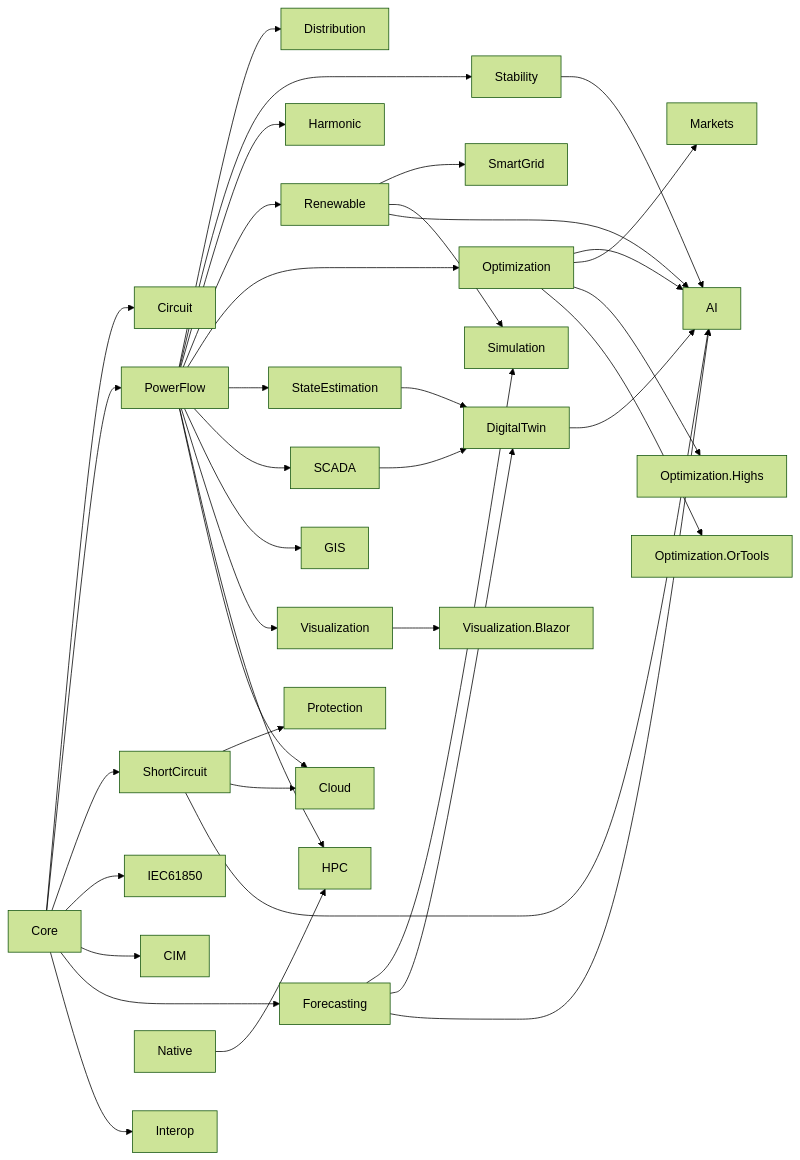
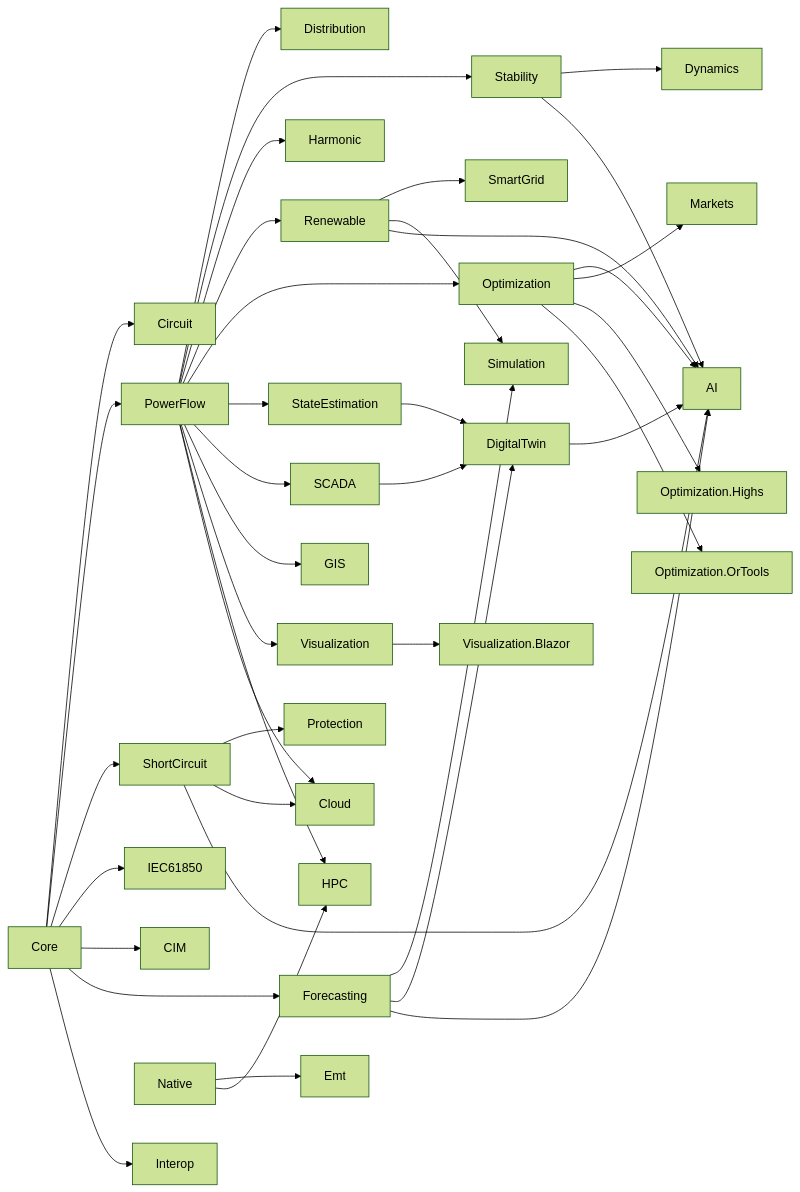
One commit to DotNetVibeCoderz/Vibe_Components changed the diagram in Electrical.Net/docs/en/architecture.md. Above: the diagram before and after it, drawn with Mermaid (forest theme). The commit also changed other lines of this file and 89 other files, not shown here.

````diff
--- a/Electrical.Net/docs/en/architecture.md
+++ b/Electrical.Net/docs/en/architecture.md
@@ -7,39 +7,41 @@
 ```mermaid
 graph LR
     Core --> Circuit
     Core --> PowerFlow
     Core --> ShortCircuit
     Core --> IEC61850
     Core --> CIM
     Core --> Forecasting
     PowerFlow --> Distribution
     Core --> Interop
     ShortCircuit --> Protection
     PowerFlow --> Stability
+    Stability --> Dynamics
+    Native --> Emt
     PowerFlow --> Harmonic
     PowerFlow --> Renewable
     PowerFlow --> Optimization
     PowerFlow --> StateEstimation
     PowerFlow --> SCADA
     PowerFlow --> GIS
     PowerFlow --> Visualization
     Renewable --> SmartGrid
     Renewable --> Simulation
     Forecasting --> Simulation
     PowerFlow --> HPC
     Native --> HPC
     PowerFlow --> Cloud
     ShortCircuit --> Cloud
     StateEstimation --> DigitalTwin
     SCADA --> DigitalTwin
     Forecasting --> DigitalTwin
     ShortCircuit --> AI
     Forecasting --> AI
     DigitalTwin --> AI
     Stability --> AI
     Renewable --> AI
     Optimization --> AI
     Optimization --> Markets
     Optimization --> Highs[Optimization.Highs] & OrTools[Optimization.OrTools]
     Visualization --> VizBlazor[Visualization.Blazor]
 ```
````
